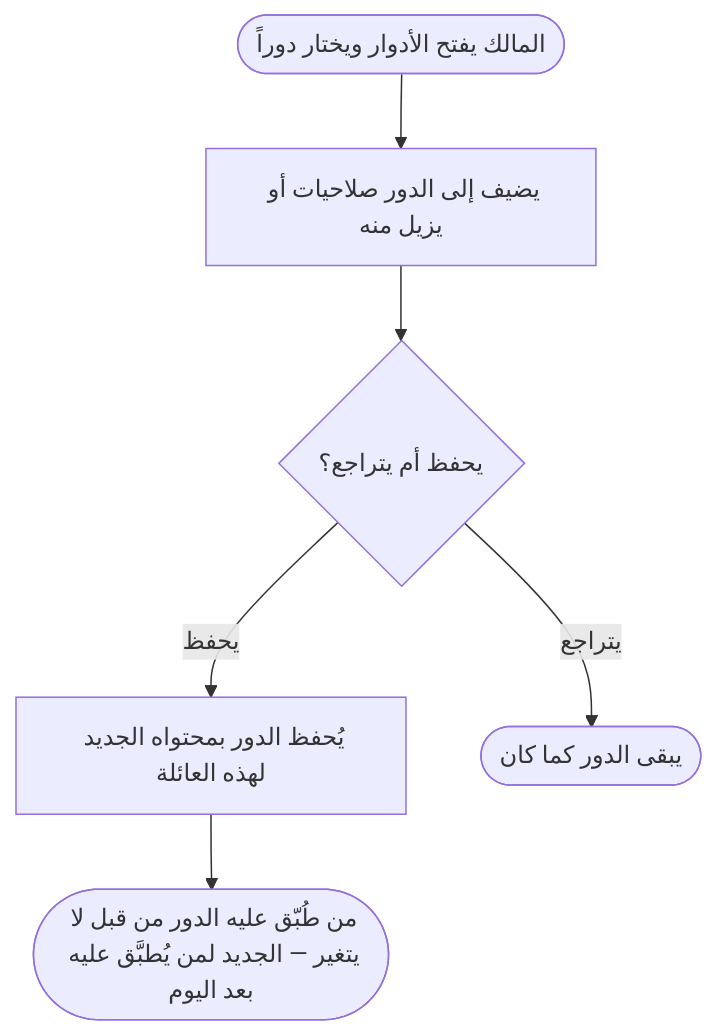
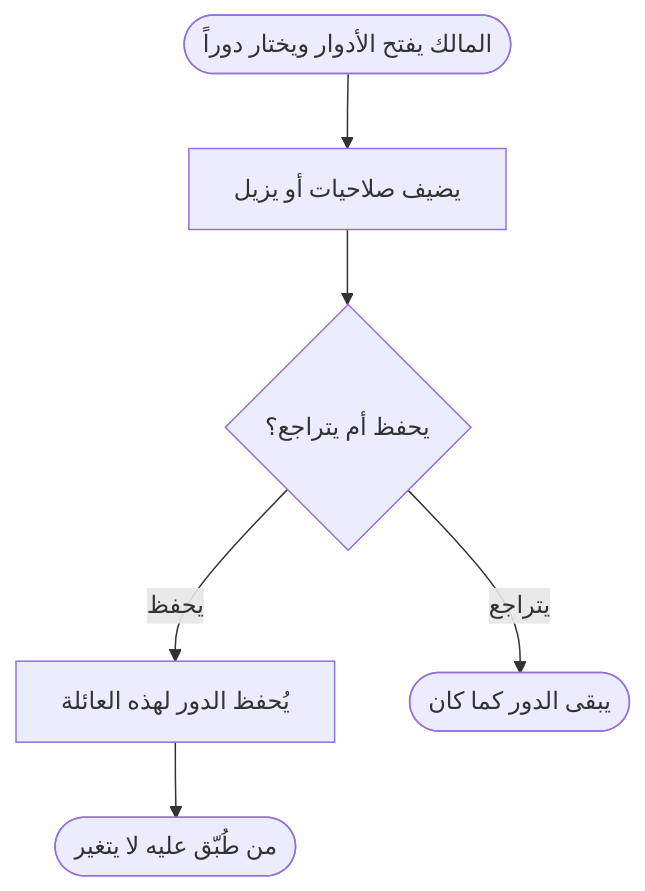
Before and after one commit to Bassam-mohammed-alqaeadi/family-os-v2: diagram 21 of 33 in docs/family-os/governance/phases/phase-1/S1-03-family-roles-and-permissions/DIAGRAMS.md, drawn with Mermaid. The commit also changed other lines of this file, not shown here.

````diff
--- a/docs/family-os/governance/phases/phase-1/S1-03-family-roles-and-permissions/DIAGRAMS.md
+++ b/docs/family-os/governance/phases/phase-1/S1-03-family-roles-and-permissions/DIAGRAMS.md
@@ -772,8 +844,8 @@
 ```mermaid
 flowchart TD
-    C1([المالك يفتح الأدوار ويختار دوراً]) --> C2[يضيف إلى الدور صلاحيات أو يزيل منه]
+    C1([المالك يفتح الأدوار ويختار دوراً]) --> C2[يضيف صلاحيات أو يزيل]
     C2 --> C3{يحفظ أم يتراجع؟}
-    C3 -->|يحفظ| C4[يُحفظ الدور بمحتواه الجديد لهذه العائلة]
-    C4 --> C5([من طُبّق عليه الدور من قبل لا يتغير — الجديد لمن يُطبَّق عليه بعد اليوم])
+    C3 -->|يحفظ| C4[يُحفظ الدور لهذه العائلة]
+    C4 --> C5([من طُبّق عليه لا يتغير])
     C3 -->|يتراجع| C6([يبقى الدور كما كان])
 ```
````
